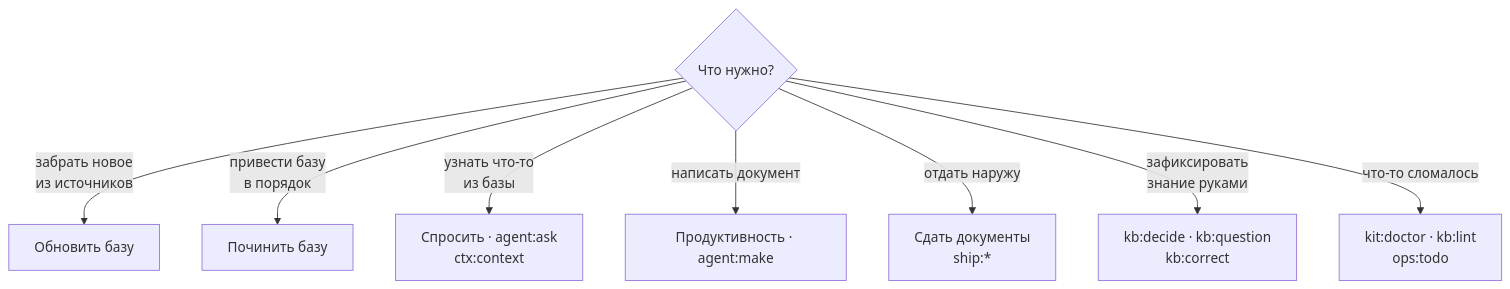
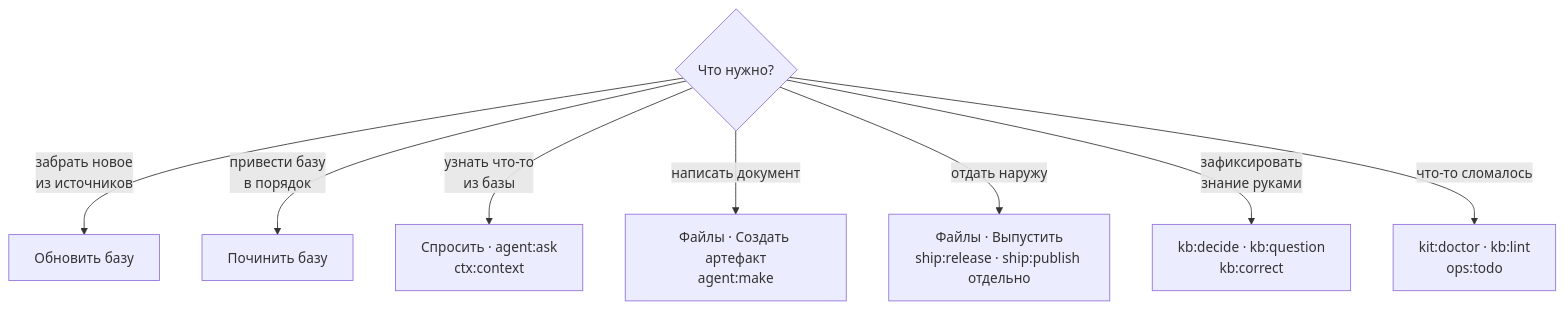
Before and after one commit to VVG-web/aurora-studio: the diagram in docs/readme/04-practice.md, drawn with Mermaid. The commit also changed 10 other files, not shown here.

````diff
--- a/docs/readme/04-practice.md
+++ b/docs/readme/04-practice.md
@@ -13,11 +13,11 @@
 ```mermaid
 flowchart TD
   Q{"Что нужно?"}
   Q -->|"забрать новое<br>из источников"| A["Обновить базу"]
   Q -->|"привести базу<br>в порядок"| B["Починить базу"]
   Q -->|"узнать что-то<br>из базы"| C["Спросить · agent:ask<br>ctx:context"]
-  Q -->|"написать документ"| D["Продуктивность · agent:make"]
-  Q -->|"отдать наружу"| E["Сдать документы<br>ship:*"]
+  Q -->|"написать документ"| D["Файлы · Создать артефакт<br>agent:make"]
+  Q -->|"отдать наружу"| E["Файлы · Выпустить<br>ship:release · ship:publish отдельно"]
   Q -->|"зафиксировать<br>знание руками"| F["kb:decide · kb:question<br>kb:correct"]
   Q -->|"что-то сломалось"| G["kit:doctor · kb:lint<br>ops:todo"]
 ```
````
